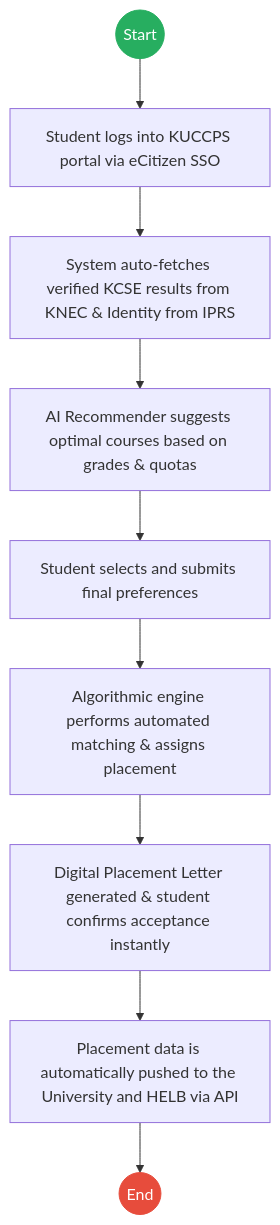
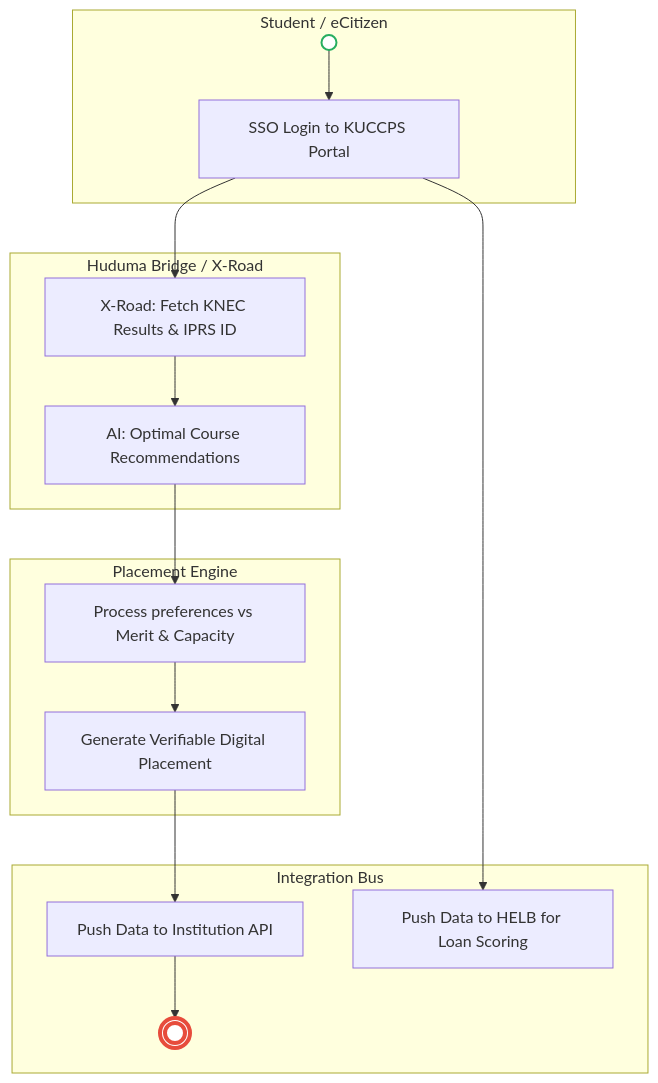
The second of 2 diagrams in mdas/docs_final/Kenya_Universities_And_Colleges_Central_Placement_Service___Student_Admission.md (BITZ-IT-Consulting-LTD/ictapoc), drawn with Mermaid before and after one commit. The commit also changed other lines of this file and 13 other files, not shown here.

````diff
--- a/mdas/docs_final/Kenya_Universities_And_Colleges_Central_Placement_Service___Student_Admission.md
+++ b/mdas/docs_final/Kenya_Universities_And_Colleges_Central_Placement_Service___Student_Admission.md
@@ -96,16 +96,25 @@
 ```mermaid
-graph TD
-    Start((Start)) --> T1
-    T1["Student logs into KUCCPS portal via eCitizen SSO"] --> T2
-    T2["System auto-fetches verified KCSE results from KNEC & Identity from IPRS"] --> T3
-    T3["AI Recommender suggests optimal courses based on grades & quotas"] --> T4
-    T4["Student selects and submits final preferences"] --> T5
-    T5["Algorithmic engine performs automated matching & assigns placement"] --> T6
-    T6["Digital Placement Letter generated & student confirms acceptance instantly"] --> T7
-    T7["Placement data is automatically pushed to the University and HELB via API"] --> End((End))
+flowchart TD
+    subgraph Citizen["Student / eCitizen"]
+        Start(( )) --> T1[SSO Login to KUCCPS Portal]
+    end
 
-    classDef start fill:#27ae60,stroke:#27ae60,color:#fff;
-    classDef endNode fill:#e74c3c,stroke:#e74c3c,color:#fff;
-    class Start start;
-    class End endNode;
+    subgraph Hub["Huduma Bridge / X-Road"]
+        T1 --> T2[X-Road: Fetch KNEC Results & IPRS ID]
+        T2 --> T3[AI: Optimal Course Recommendations]
+    end
+
+    subgraph KUCCPS["Placement Engine"]
+        T3 --> T4[Process preferences vs Merit & Capacity]
+        T4 --> T5[Generate Verifiable Digital Placement]
+    end
+
+    subgraph Ecosystem["Integration Bus"]
+        T5 --> E1[Push Data to Institution API]
+        T1 --> E2[Push Data to HELB for Loan Scoring]
+        E1 --> End((( )))
+    end
+
+    style Start fill:#fff,stroke:#27ae60,stroke-width:2px
+    style End fill:#fff,stroke:#e74c3c,stroke-width:4px
 ```
````
